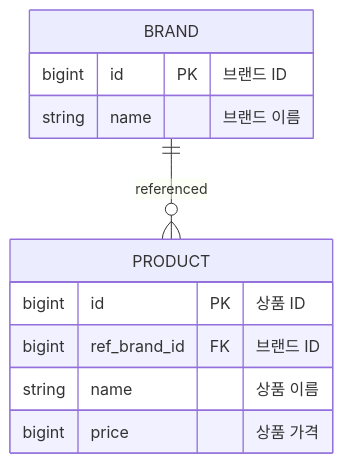
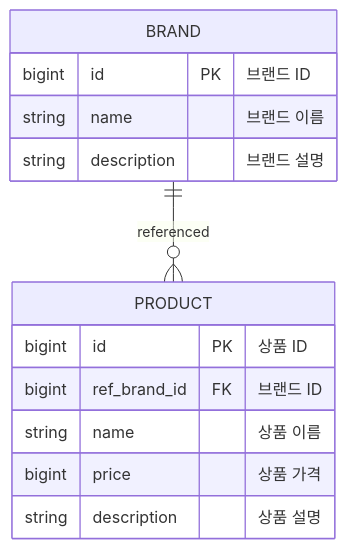
Before and after one commit to Roopers-Team-6/hainho: the diagram in docs/design/04-erd.md, drawn with Mermaid.

Commit message:
docs: 상품 상세 조회 기능 반영하도록 ER 다이어그램 수정

````diff
--- a/docs/design/04-erd.md
+++ b/docs/design/04-erd.md
@@ -1,16 +1,18 @@
 ```mermaid
 erDiagram
     PRODUCT {
         bigint id PK "상품 ID"
         bigint ref_brand_id FK "브랜드 ID"
         string name "상품 이름"
         bigint price "상품 가격"
+        string description "상품 설명"
     }
 
     BRAND {
         bigint id PK "브랜드 ID"
         string name "브랜드 이름"
+        string description "브랜드 설명"
     }
 
     BRAND ||--o{ PRODUCT: "referenced"
 ```
````
